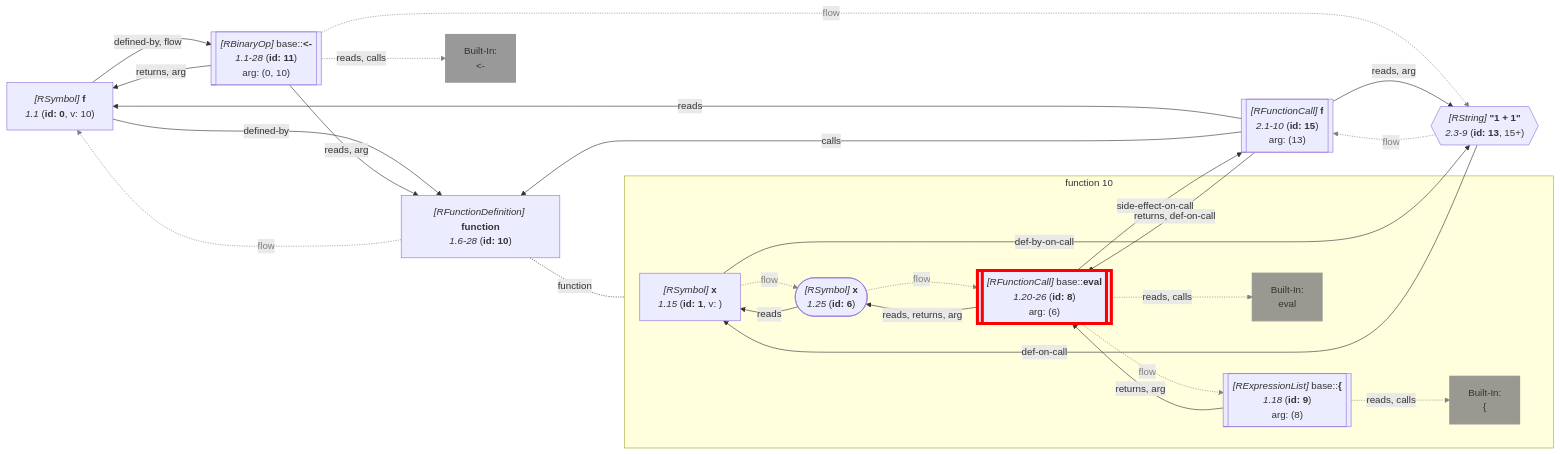
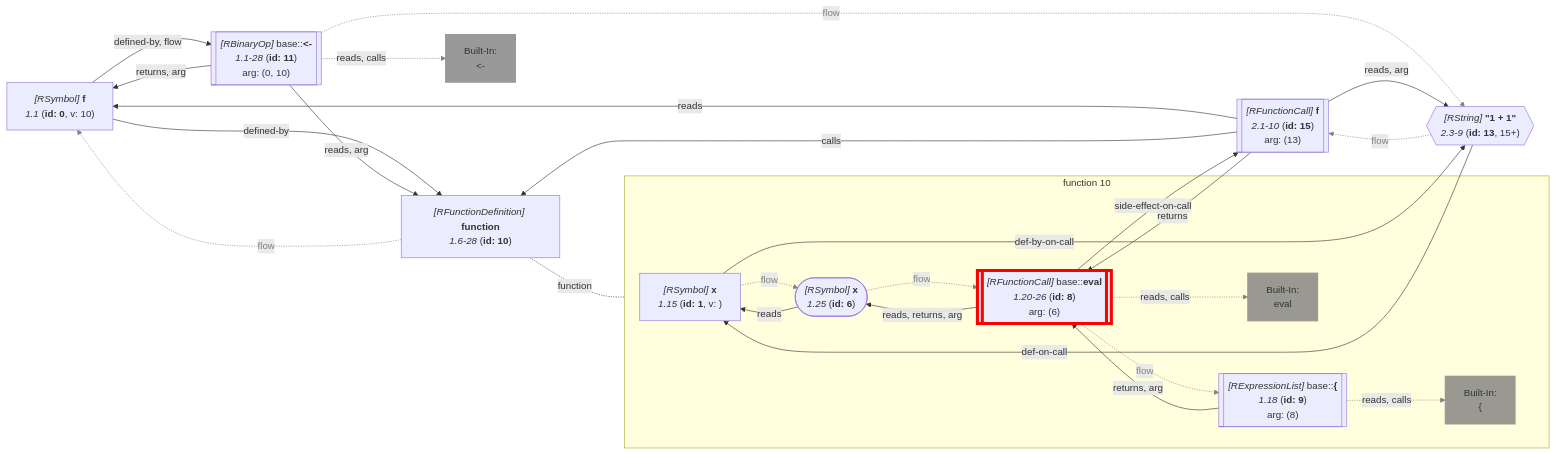
Before and after one commit to flowr-analysis/flowr: the diagram in wiki/[Query] Does-Call.md, drawn with Mermaid. The commit also changed other lines of this file and 90 other files, not shown here.

````diff
--- a/wiki/[Query] Does-Call.md
+++ b/wiki/[Query] Does-Call.md
@@ -70,10 +70,11 @@
     %% Environment of 10 [level: 0]:
     %% Built-in
     %% 1----------------------------------------
-    %%   #option:*: {**#option:*** (id: 8, type: Variable, cds: {}, def. @8)}
-    %%   #options:  {**#options** (id: 8, type: Variable, cds: {}, def. @8)}
-    %%   #graphics: {**#graphics** (id: 8, type: Variable, cds: {}, def. @8)}
-    %%   #palette:  {**#palette** (id: 8, type: Variable, cds: {}, def. @8)}
+    %%   #option:*:    {**#option:*** (id: 8, type: Variable, cds: {}, def. @8)}
+    %%   #options:     {**#options** (id: 8, type: Variable, cds: {}, def. @8)}
+    %%   #graphics:    {**#graphics** (id: 8, type: Variable, cds: {}, def. @8)}
+    %%   #palette:     {**#palette** (id: 8, type: Variable, cds: {}, def. @8)}
+    %%   #search-path: {**#search-path** (id: 8, type: Variable, cds: {}, def. @8)}
     10["`*#91;RFunctionDefinition#93;* **function**
       *1.6-28* (**id: 10**)`"]
 
@@ -150,6 +151,6 @@
     13 -->|"def-on-call"| 1
     15 -->|"reads, arg"| 13
     15 -->|"reads"| 0
-    15 -->|"returns, def-on-call"| 8
+    15 -->|"returns"| 8
     15 -->|"calls"| 10
 ```
````
